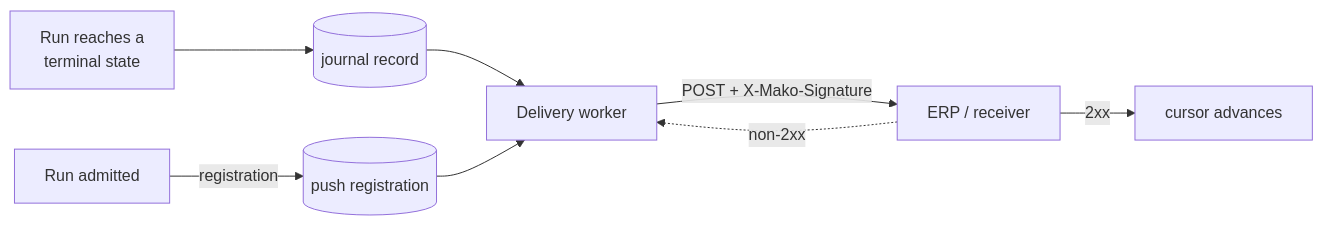
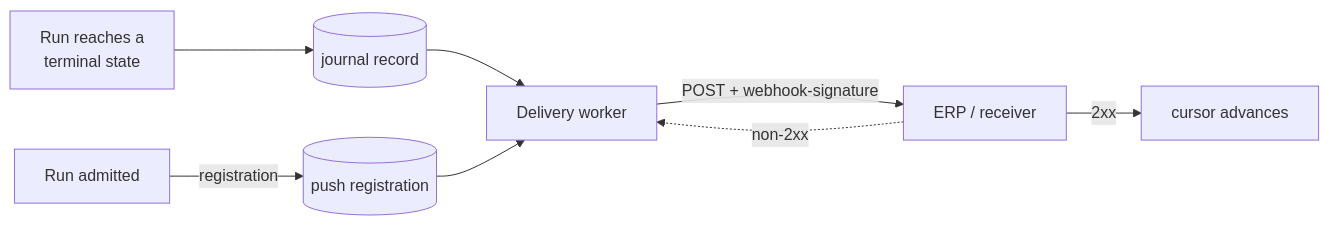
The fourth of 4 diagrams in site/content/docs/services/agentd.md (hupe1980/mako), drawn with Mermaid before and after one commit. The commit also changed other lines of this file and 175 other files, not shown here.

First line of the commit message:
Refactor webhook signature references to standardize terminology across services

````diff
--- a/site/content/docs/services/agentd.md
+++ b/site/content/docs/services/agentd.md
@@ -799,10 +798,10 @@
 ```mermaid
 graph LR
     ADM["Run admitted"] -->|"registration"| REG[("push registration")]
     RUN["Run reaches a<br/>terminal state"] --> JRN[("journal record")]
     JRN --> W["Delivery worker"]
     REG --> W
-    W -->|"POST + X-Mako-Signature"| RX["ERP / receiver"]
+    W -->|"POST + webhook-signature"| RX["ERP / receiver"]
     RX -->|"2xx"| CUR["cursor advances"]
     RX -.->|"non-2xx"| W
 ```
````
